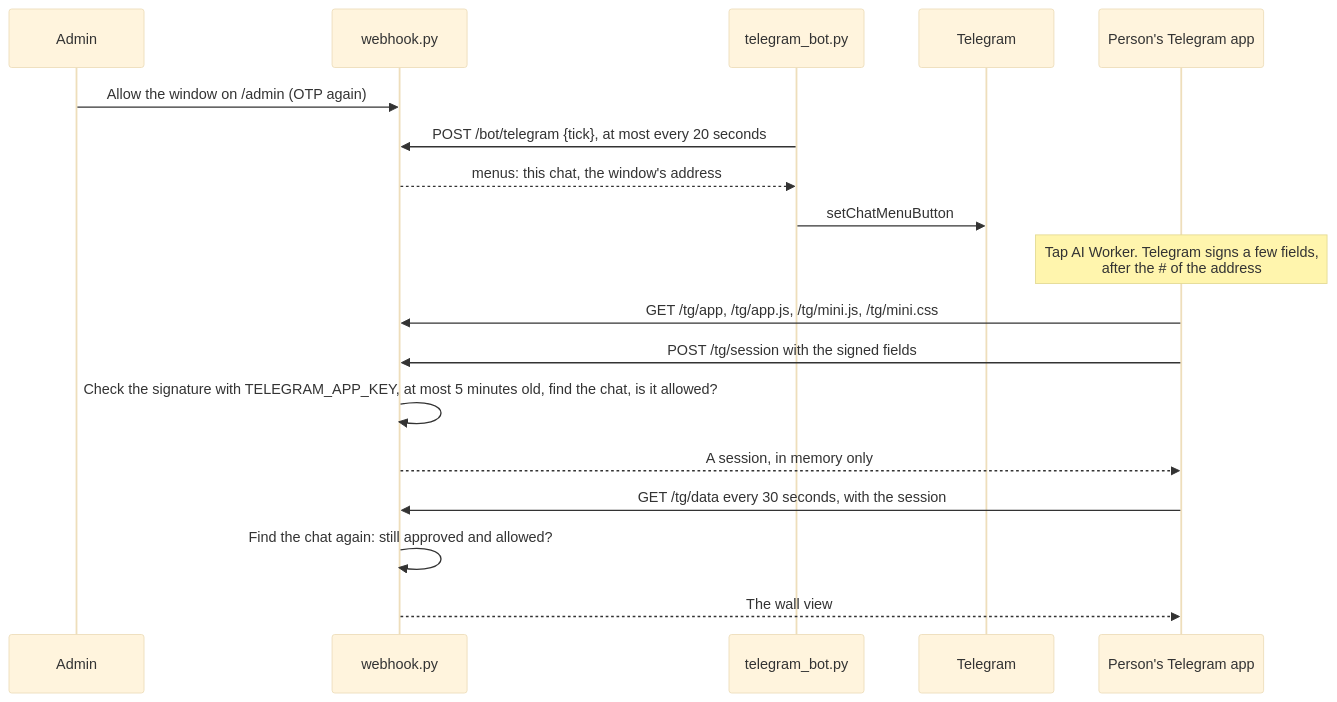
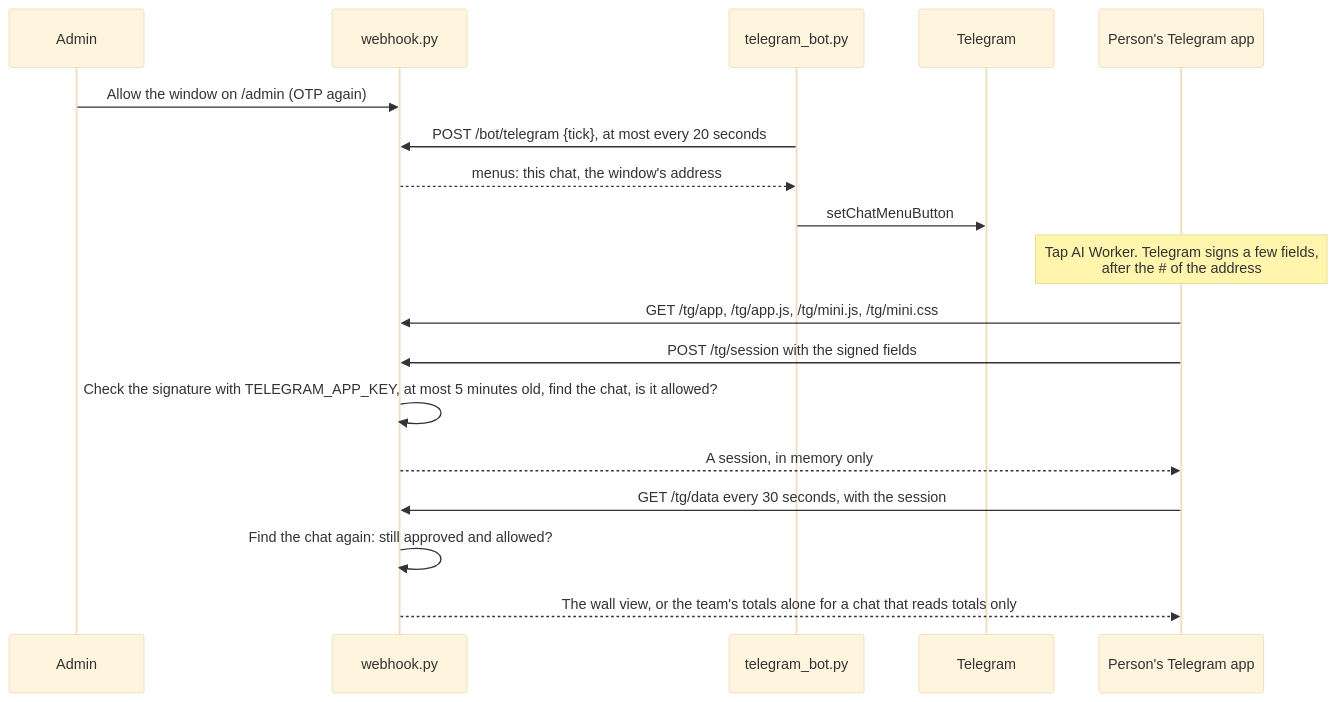
Before and after one commit to anhle9x/ai-worker: the ninth of 12 diagrams in docs/ARCHITECTURE.md, drawn with Mermaid (base theme). The commit also changed other lines of this file and 43 other files, not shown here.

````diff
--- a/docs/ARCHITECTURE.md
+++ b/docs/ARCHITECTURE.md
@@ -335,20 +342,20 @@
 ```mermaid
 sequenceDiagram
   participant A as Admin
   participant W as webhook.py
   participant B as telegram_bot.py
   participant T as Telegram
   participant P as Person's Telegram app
   A->>W: Allow the window on /admin (OTP again)
   B->>W: POST /bot/telegram {tick}, at most every 20 seconds
   W-->>B: menus: this chat, the window's address
   B->>T: setChatMenuButton
   Note over P: Tap AI Worker. Telegram signs a few fields,<br/>after the #35; of the address
   P->>W: GET /tg/app, /tg/app.js, /tg/mini.js, /tg/mini.css
   P->>W: POST /tg/session with the signed fields
   W->>W: Check the signature with TELEGRAM_APP_KEY, at most 5 minutes old, find the chat, is it allowed?
   W-->>P: A session, in memory only
   P->>W: GET /tg/data every 30 seconds, with the session
   W->>W: Find the chat again: still approved and allowed?
-  W-->>P: The wall view
+  W-->>P: The wall view, or the team's totals alone for a chat that reads totals only
 ```
````
